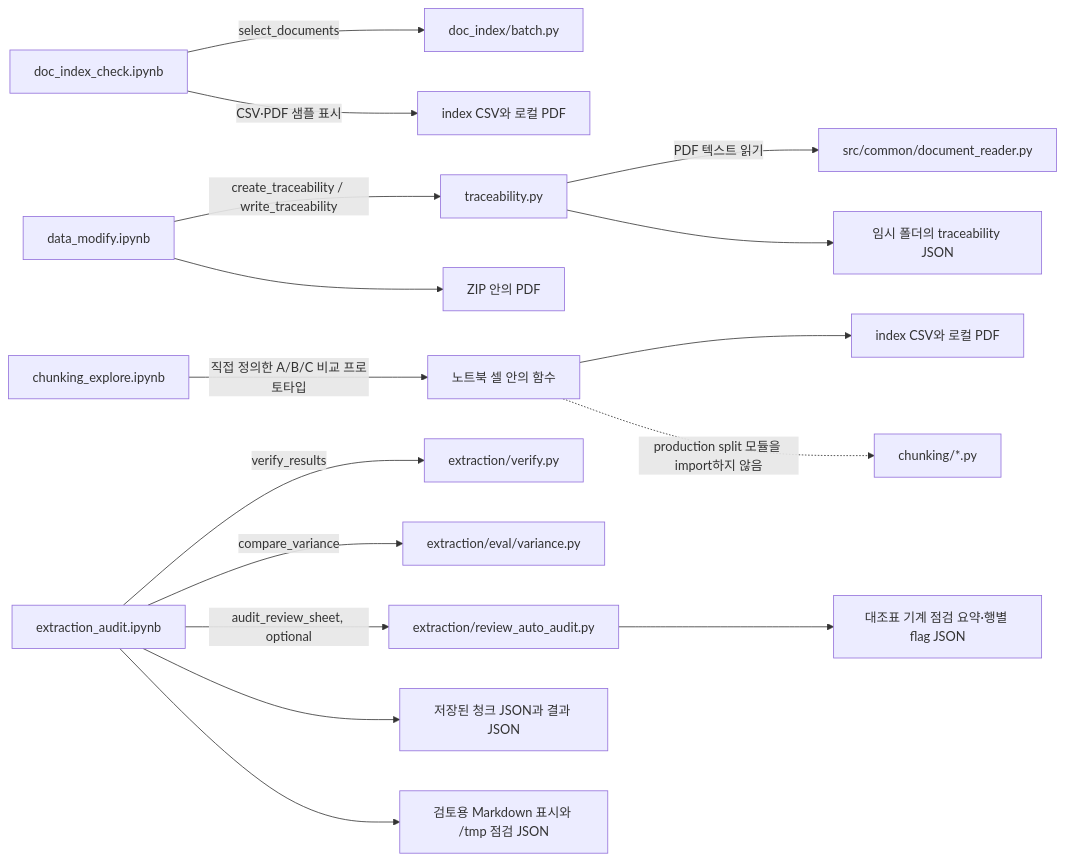
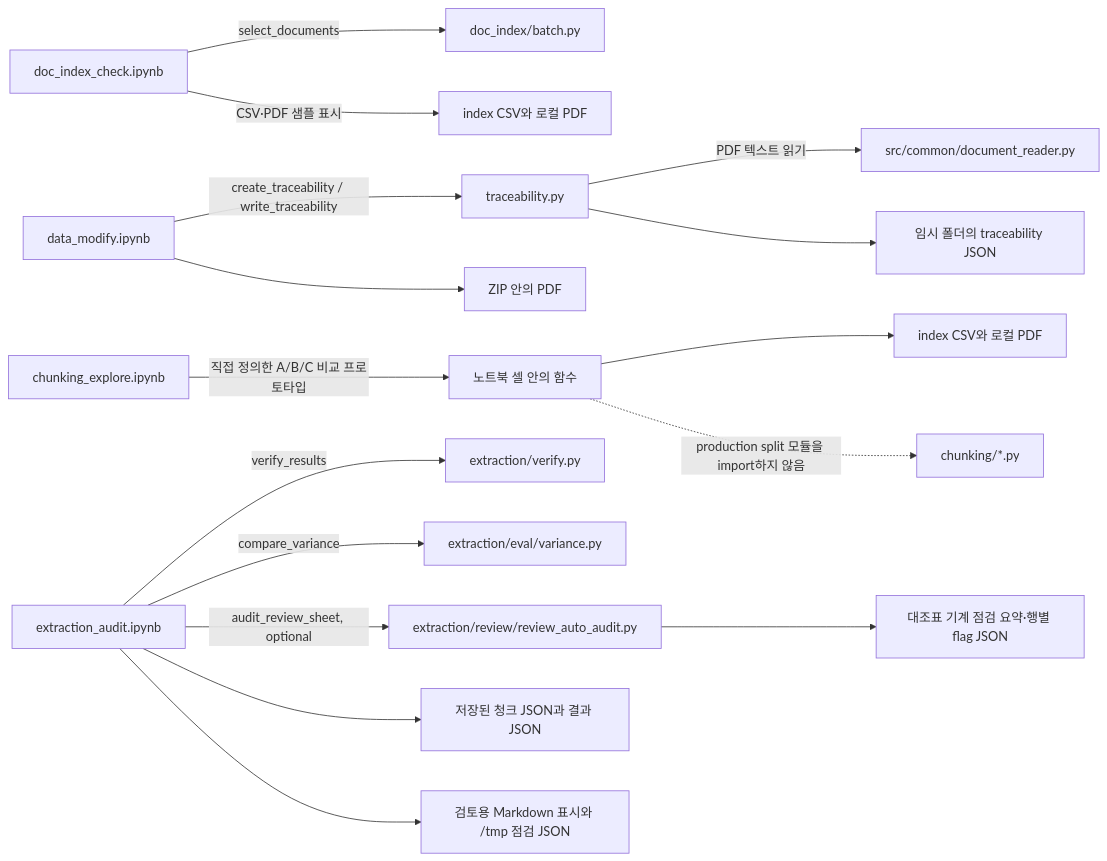
The diagram in src/card_benefit/payment_card/file_pipeline/notebooks/README.md (encore-ai-campus/mle-02-p2-team3), drawn with Mermaid before and after one commit. The commit also changed other lines of this file and 20 other files, not shown here.

````diff
--- a/src/card_benefit/payment_card/file_pipeline/notebooks/README.md
+++ b/src/card_benefit/payment_card/file_pipeline/notebooks/README.md
@@ -9,21 +9,21 @@
 ```mermaid
 flowchart LR
     IDX[doc_index_check.ipynb] -->|select_documents| BATCH[doc_index/batch.py]
     IDX -->|CSV·PDF 샘플 표시| INPUT1[index CSV와 로컬 PDF]
 
     TRACE[data_modify.ipynb] -->|create_traceability / write_traceability| TR[traceability.py]
     TR -->|PDF 텍스트 읽기| DR[src/common/document_reader.py]
     TRACE --> INPUT2[ZIP 안의 PDF]
     TR --> OUT1[임시 폴더의 traceability JSON]
 
     EXP[chunking_explore.ipynb] -->|직접 정의한 A/B/C 비교 프로토타입| PROTO[노트북 셀 안의 함수]
     PROTO --> INPUT3[index CSV와 로컬 PDF]
     PROTO -. production split 모듈을 import하지 않음 .-> SPLIT[chunking/*.py]
 
     AUDIT[extraction_audit.ipynb] -->|verify_results| VERIFY[extraction/verify.py]
     AUDIT -->|compare_variance| VAR[extraction/eval/variance.py]
-    AUDIT -->|audit_review_sheet, optional| REVIEW[extraction/review_auto_audit.py]
+    AUDIT -->|audit_review_sheet, optional| REVIEW[extraction/review/review_auto_audit.py]
     AUDIT --> INPUT4[저장된 청크 JSON과 결과 JSON]
     AUDIT --> OUT2[검토용 Markdown 표시와 /tmp 점검 JSON]
     REVIEW --> OUT3[대조표 기계 점검 요약·행별 flag JSON]
 ```
````
